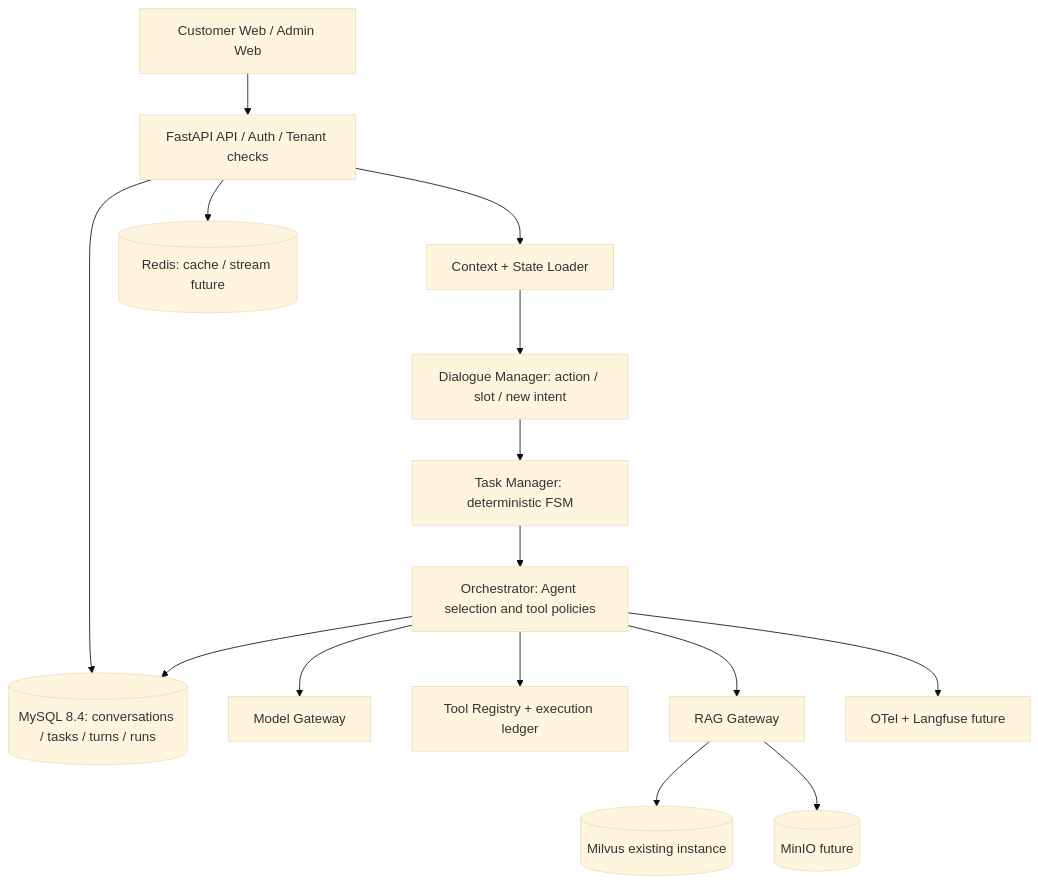
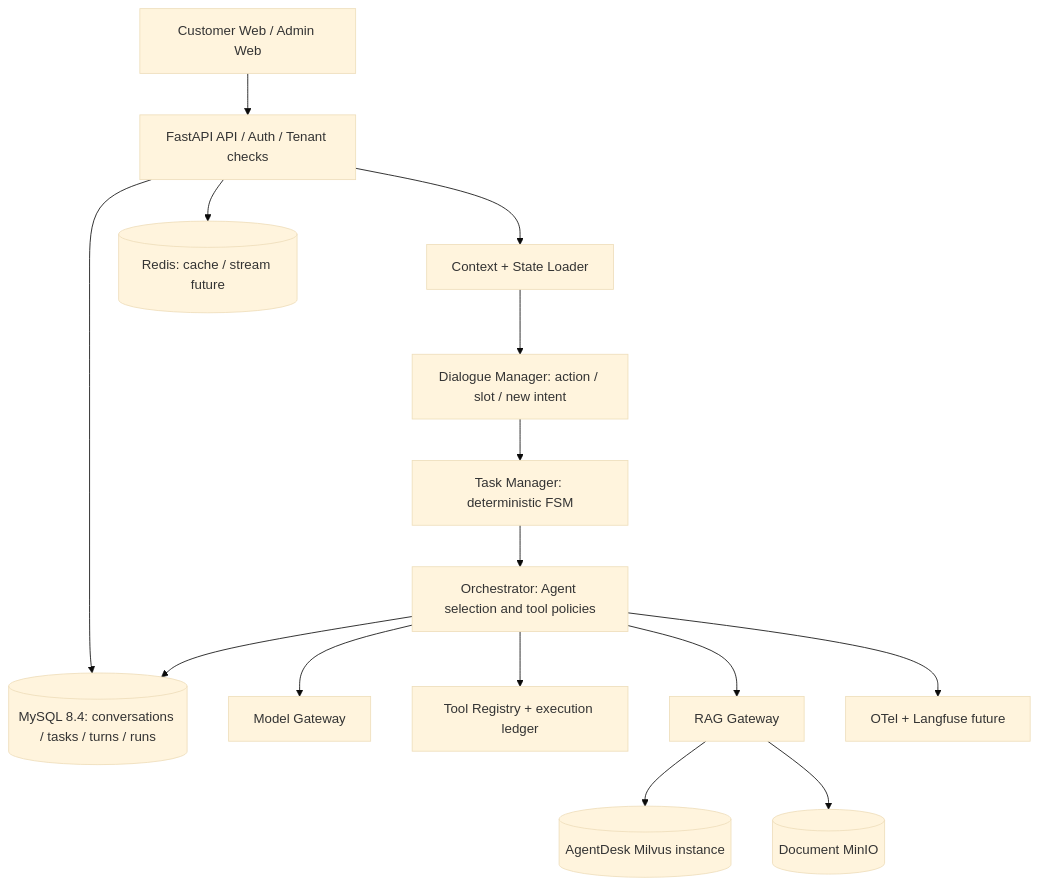
One commit to Acxxxq/agentdesk changed the diagram in docs/ARCHITECTURE.md. Above: the diagram before and after it, drawn with Mermaid (base theme). The commit also changed other lines of this file and 26 other files, not shown here.

````diff
--- a/docs/ARCHITECTURE.md
+++ b/docs/ARCHITECTURE.md
@@ -3,17 +3,17 @@
 ```mermaid
 flowchart TD
     UI[Customer Web / Admin Web] --> API[FastAPI API / Auth / Tenant checks]
     API --> STORE[(MySQL 8.4: conversations / tasks / turns / runs)]
     API --> CTX[Context + State Loader]
     CTX --> DM[Dialogue Manager: action / slot / new intent]
     DM --> TM[Task Manager: deterministic FSM]
     TM --> ORCH[Orchestrator: Agent selection and tool policies]
     ORCH --> LLM[Model Gateway]
     ORCH --> TOOLS[Tool Registry + execution ledger]
     ORCH --> RAG[RAG Gateway]
-    RAG --> MILVUS[(Milvus existing instance)]
-    RAG --> OBJ[(MinIO future)]
+    RAG --> MILVUS[(AgentDesk Milvus instance)]
+    RAG --> OBJ[(Document MinIO)]
     ORCH --> STORE
     API --> REDIS[(Redis: cache / stream future)]
     ORCH --> OTEL[OTel + Langfuse future]
 ```
````
